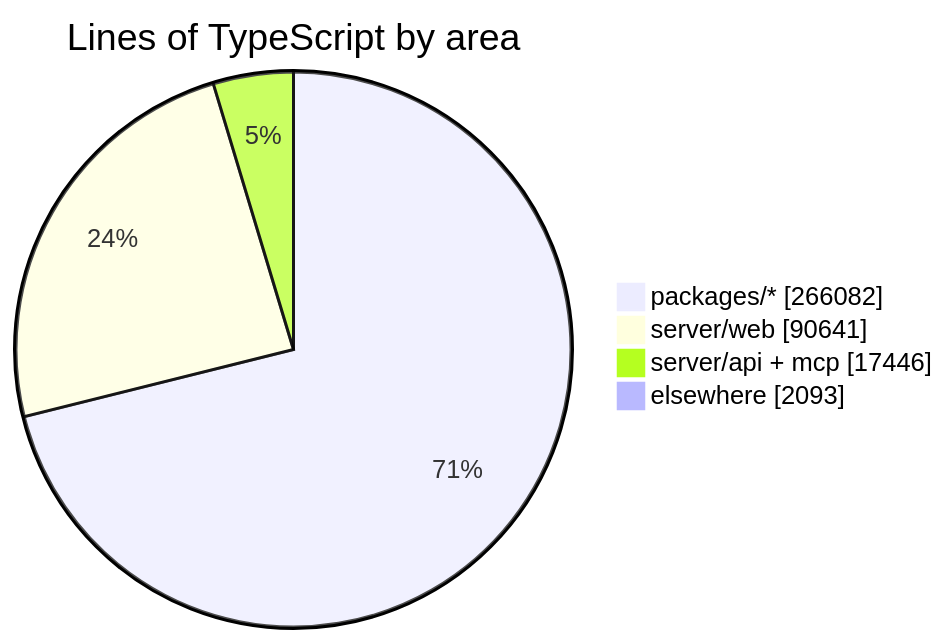
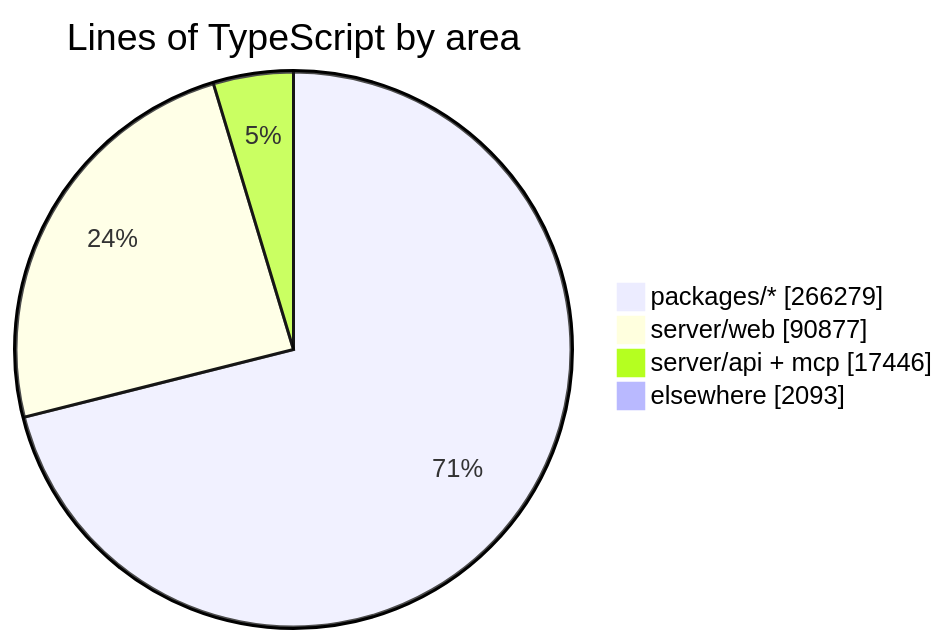
The diagram in README.md (crossworks-engineering/mantle), drawn with Mermaid before and after one commit. The commit also changed other lines of this file and 2 other files, not shown here.

````diff
--- a/README.md
+++ b/README.md
@@ -287,7 +287,7 @@
 ```mermaid
 pie showData title Lines of TypeScript by area
-    "packages/*" : 266082
-    "server/web" : 90641
+    "packages/*" : 266279
+    "server/web" : 90877
     "server/api + mcp" : 17446
     "elsewhere" : 2093
 ```
````
